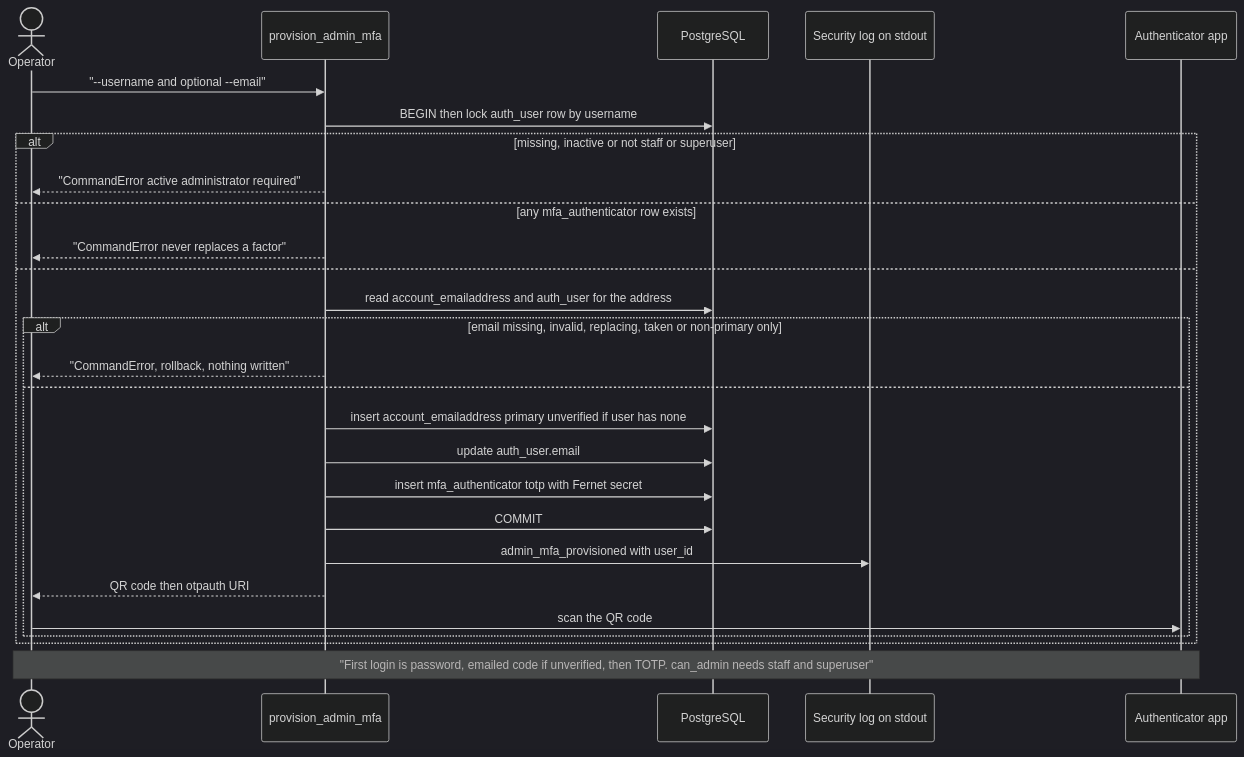
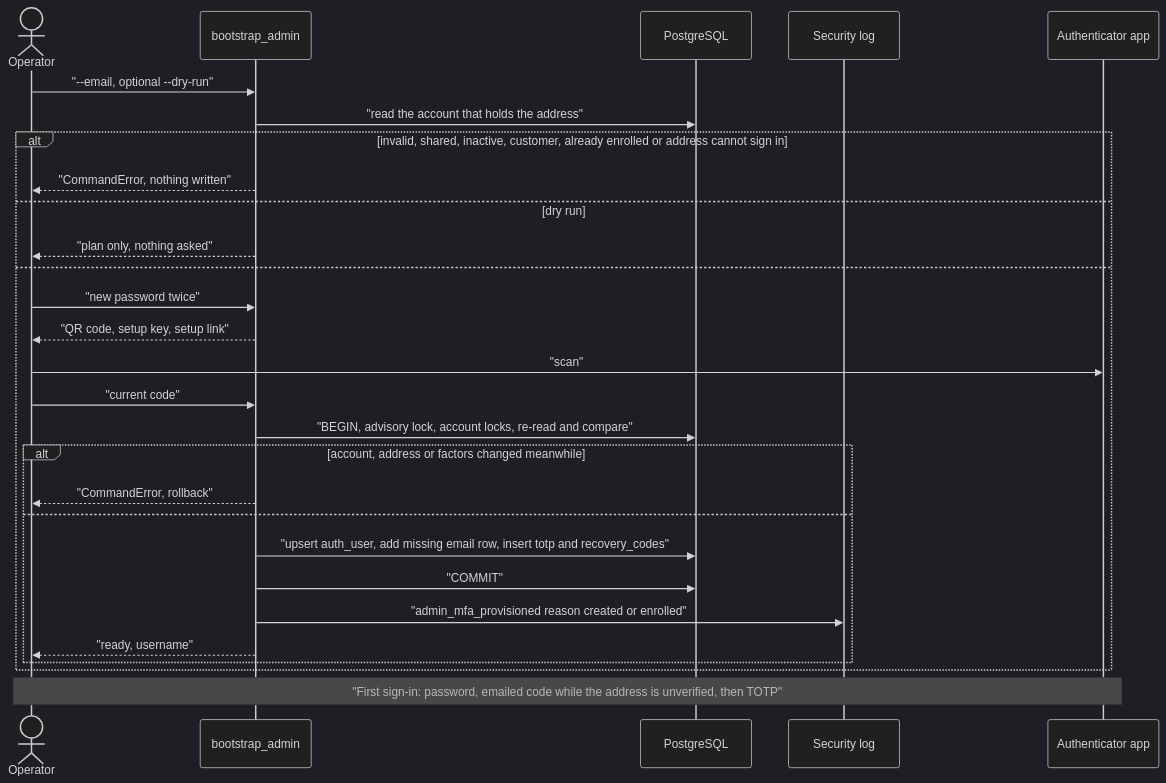
The diagram in docs/flows/platform-admin-bootstrap.md (erkurtharun/pyracast), drawn with Mermaid (dark theme) before and after one commit. The commit also changed other lines of this file and 85 other files, not shown here.

First line of the commit message:
Bring the flow pages in line with the code (#107)

````diff
--- a/docs/flows/platform-admin-bootstrap.md
+++ b/docs/flows/platform-admin-bootstrap.md
@@ -14,29 +14,30 @@
 ```mermaid
 sequenceDiagram
     actor O as Operator
-    participant C as provision_admin_mfa
+    participant C as bootstrap_admin
     participant D as PostgreSQL
-    participant L as Security log on stdout
+    participant L as Security log
     participant P as Authenticator app
-    O->>C: "--username and optional --email"
-    C->>D: BEGIN then lock auth_user row by username
-    alt missing, inactive or not staff or superuser
-        C-->>O: "CommandError active administrator required"
-    else any mfa_authenticator row exists
-        C-->>O: "CommandError never replaces a factor"
+    O->>C: "--email, optional --dry-run"
+    C->>D: "read the account that holds the address"
+    alt invalid, shared, inactive, customer, already enrolled or address cannot sign in
+        C-->>O: "CommandError, nothing written"
+    else dry run
+        C-->>O: "plan only, nothing asked"
     else
-        C->>D: read account_emailaddress and auth_user for the address
-        alt email missing, invalid, replacing, taken or non-primary only
-            C-->>O: "CommandError, rollback, nothing written"
+        O->>C: "new password twice"
+        C-->>O: "QR code, setup key, setup link"
+        O->>P: "scan"
+        O->>C: "current code"
+        C->>D: "BEGIN, advisory lock, account locks, re-read and compare"
+        alt account, address or factors changed meanwhile
+            C-->>O: "CommandError, rollback"
         else
-            C->>D: insert account_emailaddress primary unverified if user has none
-            C->>D: update auth_user.email
-            C->>D: insert mfa_authenticator totp with Fernet secret
-            C->>D: COMMIT
-            C->>L: admin_mfa_provisioned with user_id
-            C-->>O: QR code then otpauth URI
-            O->>P: scan the QR code
+            C->>D: "upsert auth_user, add missing email row, insert totp and recovery_codes"
+            C->>D: "COMMIT"
+            C->>L: "admin_mfa_provisioned reason created or enrolled"
+            C-->>O: "ready, username"
         end
     end
-    Note over O,P: "First login is password, emailed code if unverified, then TOTP. can_admin needs staff and superuser"
+    Note over O,P: "First sign-in: password, emailed code while the address is unverified, then TOTP"
 ```
````
